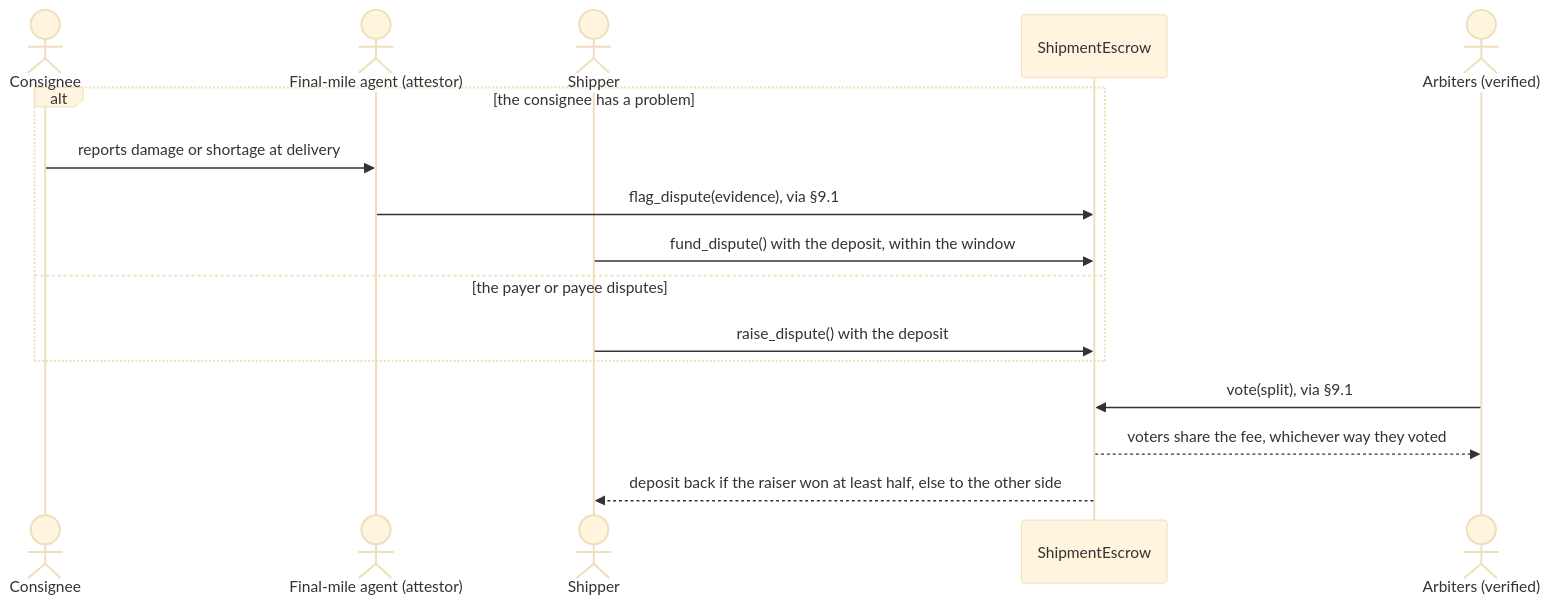
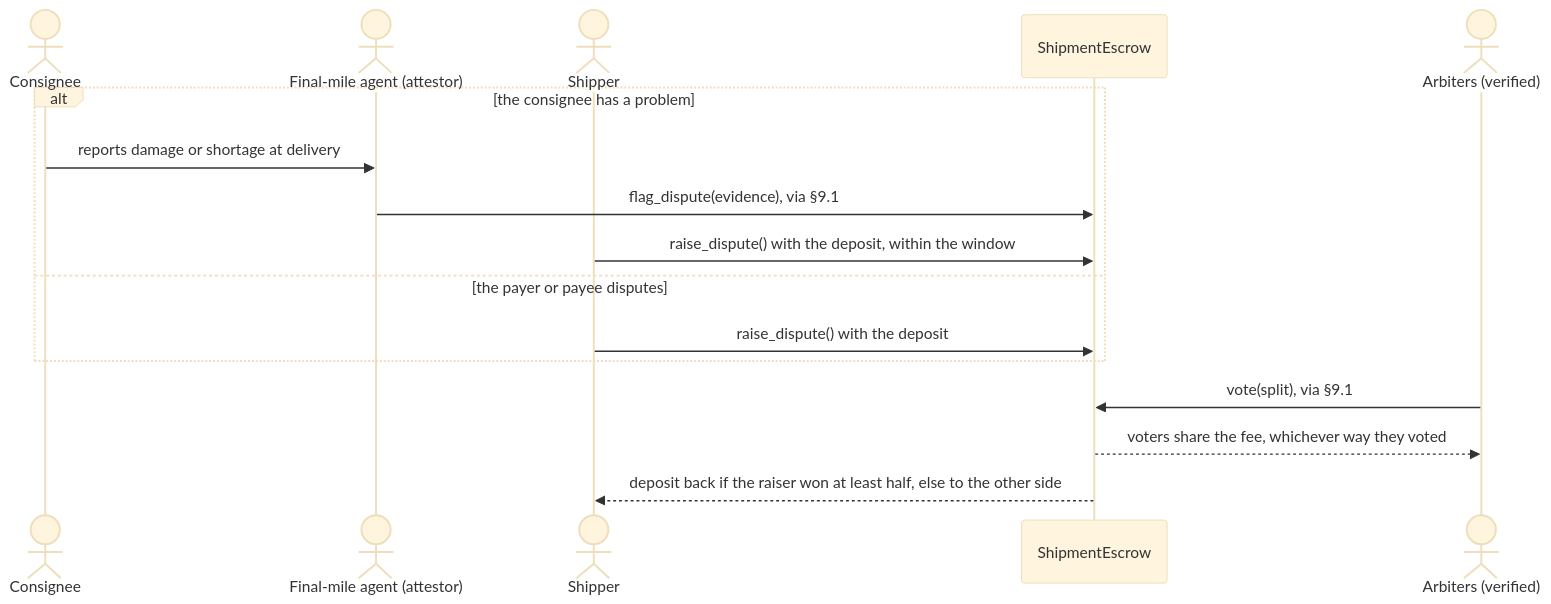
One commit to shanepreater/gajufreight changed the fifth of 6 diagrams in docs/hld.md. Above: the diagram before and after it, drawn with Mermaid (base theme). The commit also changed other lines of this file and 12 other files, not shown here.

First line of the commit message:
refactor(contracts): raise a flagged dispute with raise_dispute

````diff
--- a/docs/hld.md
+++ b/docs/hld.md
@@ -405,18 +405,18 @@
 ```mermaid
 sequenceDiagram
   actor C as Consignee
   actor A as Final-mile agent (attestor)
   actor S as Shipper
   participant ES as ShipmentEscrow
   actor P as Arbiters (verified)
   alt the consignee has a problem
     C->>A: reports damage or shortage at delivery
     A->>ES: flag_dispute(evidence), via §9.1
-    S->>ES: fund_dispute() with the deposit, within the window
+    S->>ES: raise_dispute() with the deposit, within the window
   else the payer or payee disputes
     S->>ES: raise_dispute() with the deposit
   end
   P->>ES: vote(split), via §9.1
   ES-->>P: voters share the fee, whichever way they voted
   ES-->>S: deposit back if the raiser won at least half, else to the other side
 ```
````
